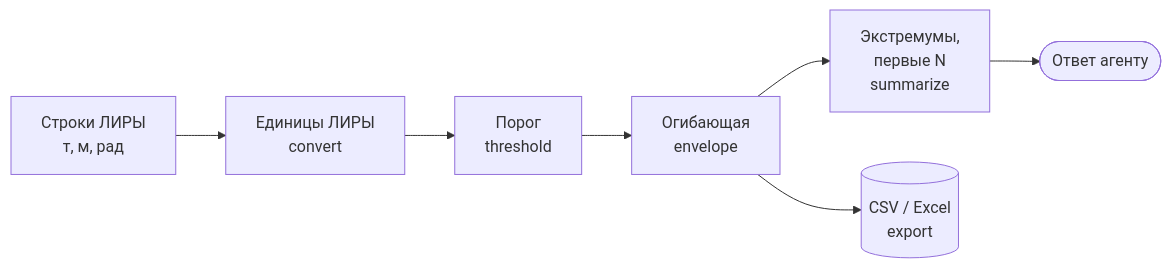
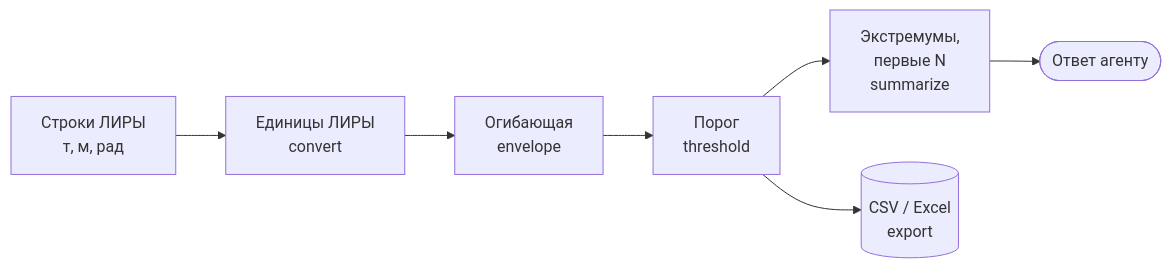
Before and after one commit to EvgenVer/lira-sapr-mcp: the second of 2 diagrams in docs/components/server.md, drawn with Mermaid. The commit also changed other lines of this file and 10 other files, not shown here.

````diff
--- a/docs/components/server.md
+++ b/docs/components/server.md
@@ -111,9 +111,9 @@
 ```mermaid
 flowchart LR
   R[Строки ЛИРЫ<br/>т, м, рад] --> U[Единицы ЛИРЫ<br/>convert]
-  U --> T[Порог<br/>threshold]
-  T --> E[Огибающая<br/>envelope]
-  E --> S[Экстремумы,<br/>первые N<br/>summarize]
-  E --> X[(CSV / Excel<br/>export)]
+  U --> E[Огибающая<br/>envelope]
+  E --> T[Порог<br/>threshold]
+  T --> S[Экстремумы,<br/>первые N<br/>summarize]
+  T --> X[(CSV / Excel<br/>export)]
   S --> A([Ответ агенту])
 ```
````
